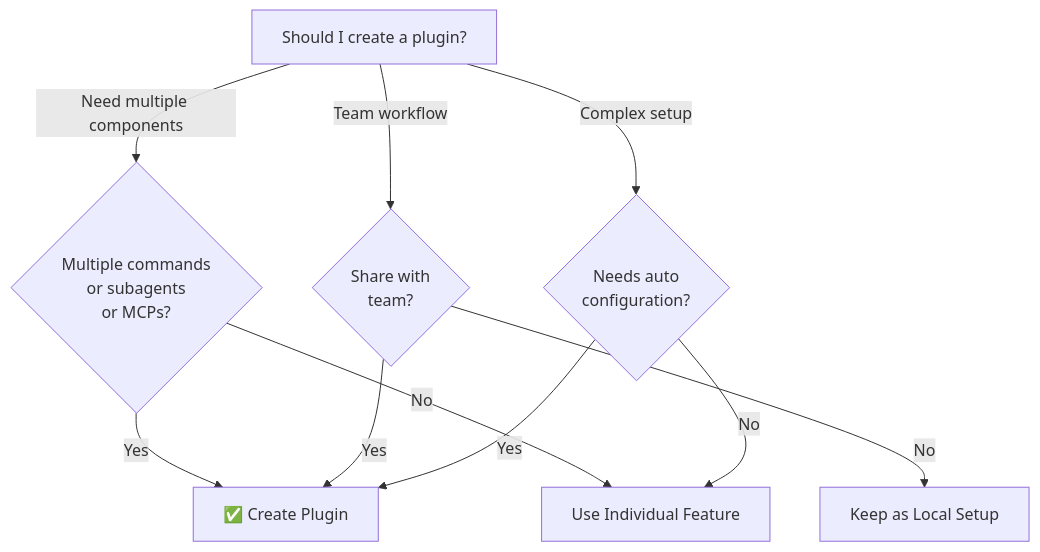
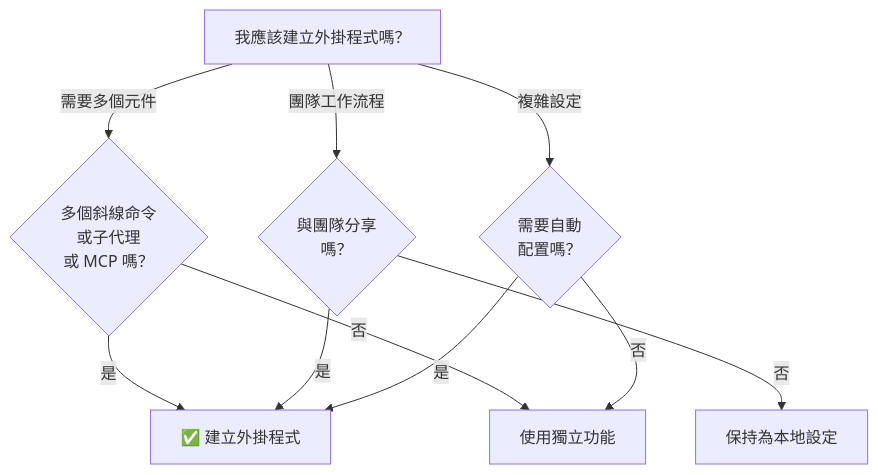
One commit to huckly/claude-howto-zh-tw changed the fifth of 5 diagrams in 07-plugins/README.md. Above: the diagram before and after it, drawn with Mermaid. The commit also changed other lines of this file, not shown here.

````diff
--- a/07-plugins/README.md
+++ b/07-plugins/README.md
@@ -639,13 +640,13 @@
 ```mermaid
 graph TD
-    A["Should I create a plugin?"]
-    A -->|Need multiple components| B{"Multiple commands<br/>or subagents<br/>or MCPs?"}
-    B -->|Yes| C["✅ Create Plugin"]
-    B -->|No| D["Use Individual Feature"]
-    A -->|Team workflow| E{"Share with<br/>team?"}
-    E -->|Yes| C
-    E -->|No| F["Keep as Local Setup"]
-    A -->|Complex setup| G{"Needs auto<br/>configuration?"}
-    G -->|Yes| C
-    G -->|No| D
+    A["我應該建立外掛程式嗎？"]
+    A -->|需要多個元件| B{"多個斜線命令<br/>或子代理<br/>或 MCP 嗎？"}
+    B -->|是| C["✅ 建立外掛程式"]
+    B -->|否| D["使用獨立功能"]
+    A -->|團隊工作流程| E{"與團隊分享<br/>嗎？"}
+    E -->|是| C
+    E -->|否| F["保持為本地設定"]
+    A -->|複雜設定| G{"需要自動<br/>配置嗎？"}
+    G -->|是| C
+    G -->|否| D
 ```
````
